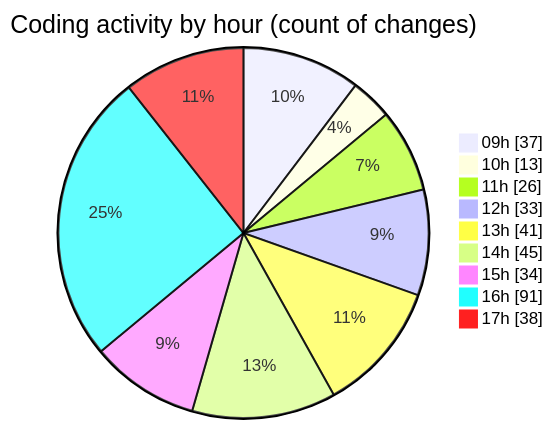
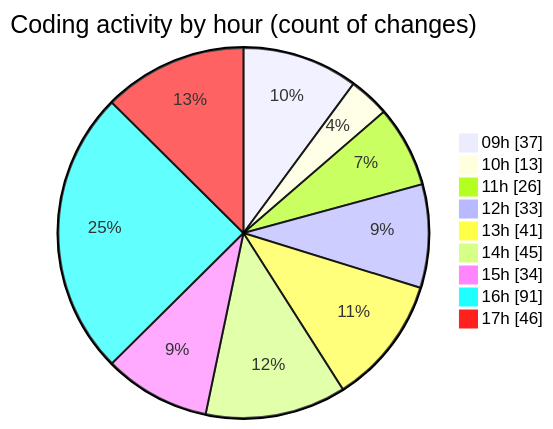
The second of 2 diagrams in 2026-04-23/cda/README.md (momahboobian/code-tracking), drawn with Mermaid before and after one commit. The commit also changed other lines of this file and 1 other file, not shown here.

````diff
--- a/2026-04-23/cda/README.md
+++ b/2026-04-23/cda/README.md
@@ -57,13 +57,13 @@
 ```mermaid
 pie showData
 title Coding activity by hour (count of changes)
 "09h" : 37
 "10h" : 13
 "11h" : 26
 "12h" : 33
 "13h" : 41
 "14h" : 45
 "15h" : 34
 "16h" : 91
-"17h" : 38
+"17h" : 46
 ```
````
